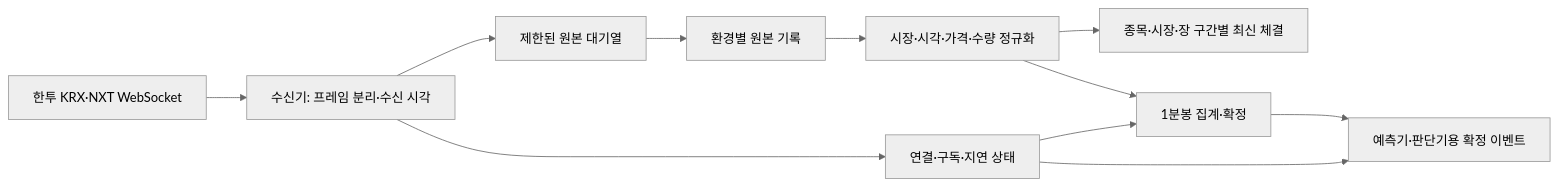
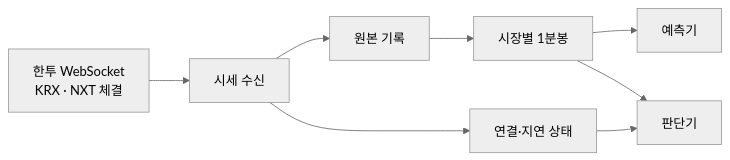
The diagram in docs/lld/01-market-data.md (ShinYEB/Auto-helm), drawn with Mermaid (neutral theme) before and after one commit. The commit also changed other lines of this file, not shown here.

````diff
--- a/docs/lld/01-market-data.md
+++ b/docs/lld/01-market-data.md
@@ -32,13 +13,10 @@
 ```mermaid
 flowchart LR
-    WS["한투 KRX·NXT WebSocket"] --> RX["수신기: 프레임 분리·수신 시각"]
-    RX --> Q["제한된 원본 대기열"]
-    Q --> LOG["환경별 원본 기록"]
-    LOG --> NORM["시장·시각·가격·수량 정규화"]
-    NORM --> TICK["종목·시장·장 구간별 최신 체결"]
-    NORM --> BAR["1분봉 집계·확정"]
-    BAR --> OUT["예측기·판단기용 확정 이벤트"]
-    RX --> HEALTH["연결·구독·지연 상태"]
-    HEALTH --> BAR
-    HEALTH --> OUT
+    KIS["한투 WebSocket<br/>KRX · NXT 체결"] --> REC["시세 수신"]
+    REC --> RAW["원본 기록"]
+    RAW --> BAR["시장별 1분봉"]
+    BAR --> PRED["예측기"]
+    BAR --> DEC["판단기"]
+    REC --> HEALTH["연결·지연 상태"]
+    HEALTH --> DEC
 ```
````
